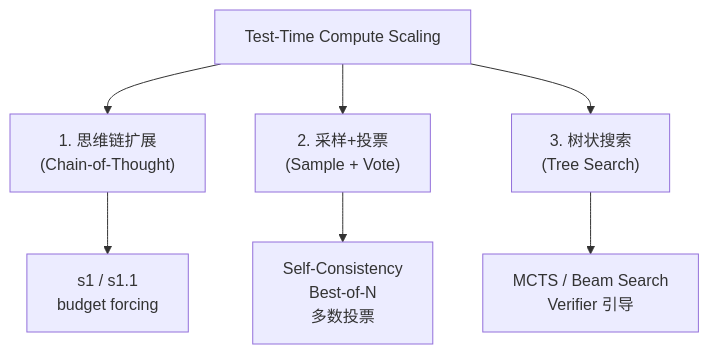
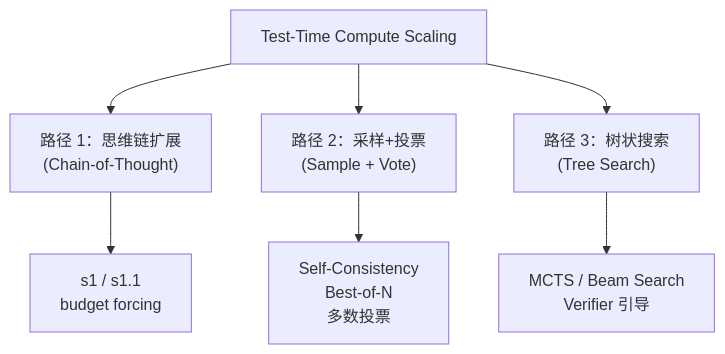
The second of 7 diagrams in 27_推理模型与Test-Time_Compute.md (BeefWrap4/LLM-Knowledge-Base), drawn with Mermaid before and after one commit. The commit also changed other lines of this file and 12 other files, not shown here.

Commit message:
Fix Mermaid markdown label rendering

````diff
--- a/27_推理模型与Test-Time_Compute.md
+++ b/27_推理模型与Test-Time_Compute.md
@@ -109,9 +109,9 @@
 ```mermaid
 graph TB
-    TTC["Test-Time Compute Scaling"] --> A["1. 思维链扩展<br/>(Chain-of-Thought)"]
-    TTC --> B["2. 采样+投票<br/>(Sample + Vote)"]
-    TTC --> C["3. 树状搜索<br/>(Tree Search)"]
+    TTC["Test-Time Compute Scaling"] --> A["路径 1：思维链扩展<br/>(Chain-of-Thought)"]
+    TTC --> B["路径 2：采样+投票<br/>(Sample + Vote)"]
+    TTC --> C["路径 3：树状搜索<br/>(Tree Search)"]
     A --> A1["s1 / s1.1<br/>budget forcing"]
     B --> B1["Self-Consistency<br/>Best-of-N<br/>多数投票"]
     C --> C1["MCTS / Beam Search<br/>Verifier 引导"]
 ```
````
